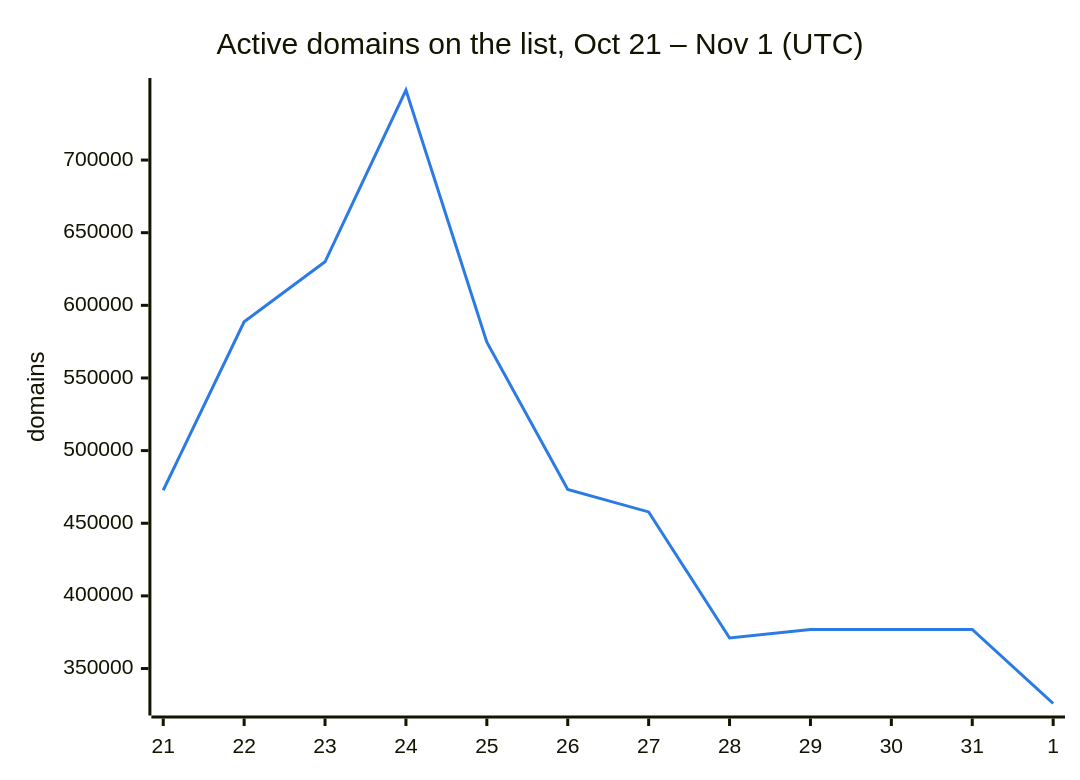
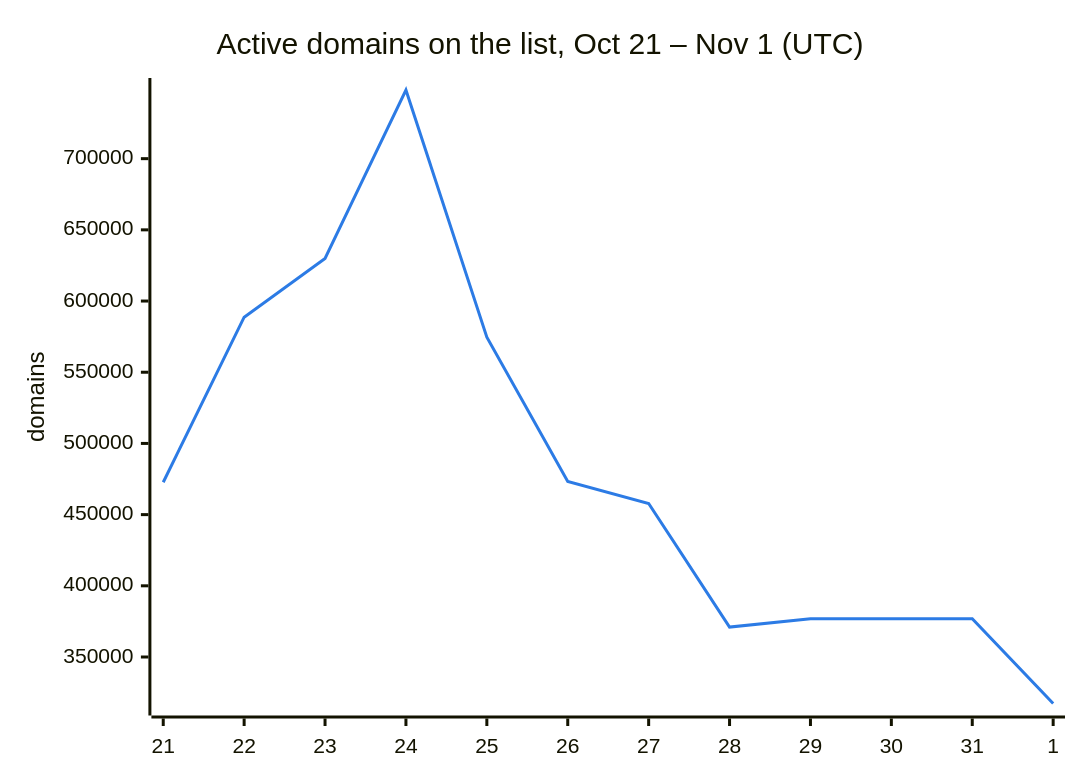
Before and after one commit to DNSBunker/CTI: the second of 3 diagrams in README.md, drawn with Mermaid. The commit also changed other lines of this file and 3 other files, not shown here.

````diff
--- a/README.md
+++ b/README.md
@@ -38,8 +38,8 @@
 ```mermaid
 %%{init: {"themeVariables": {"xyChart": {"plotColorPalette": "#2c7be5"}}}}%%
 xychart-beta
     title "Active domains on the list, Oct 21 – Nov 1 (UTC)"
     x-axis ["21", "22", "23", "24", "25", "26", "27", "28", "29", "30", "31", "1"]
     y-axis "domains"
-    line [472713, 588659, 629951, 748222, 574614, 473331, 457795, 371010, 376945, 376945, 376945, 325928]
+    line [472713, 588659, 629951, 748222, 574614, 473331, 457795, 371010, 376945, 376945, 376945, 317346]
 ```
````
